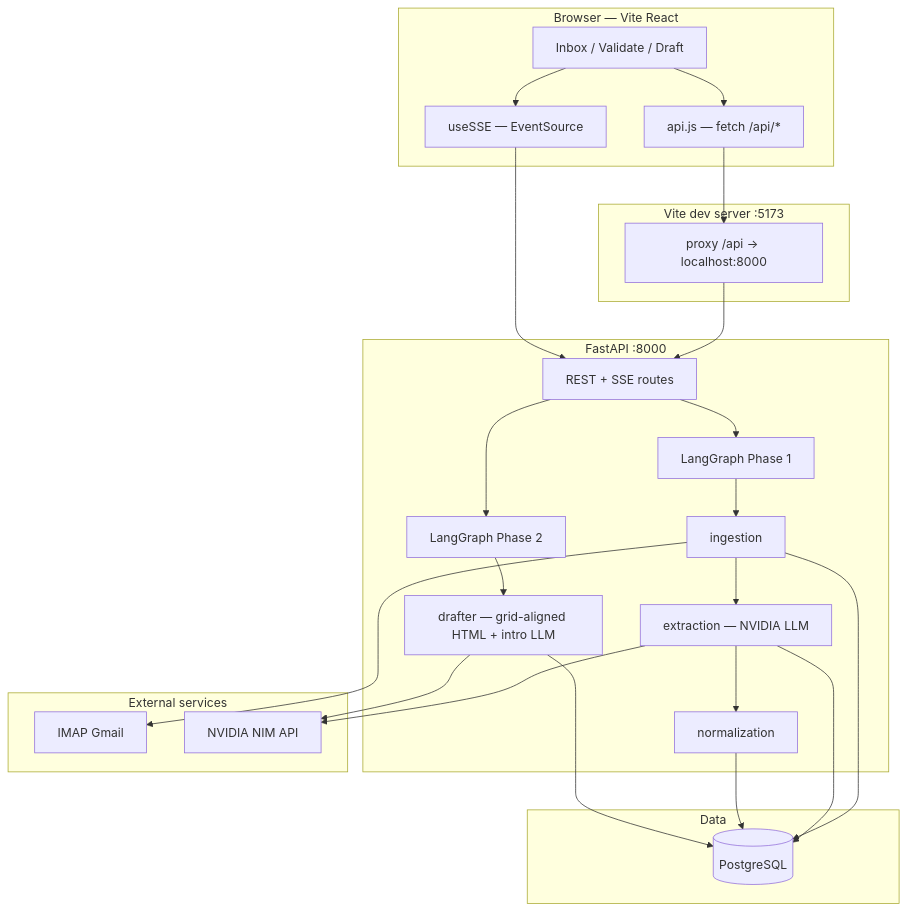
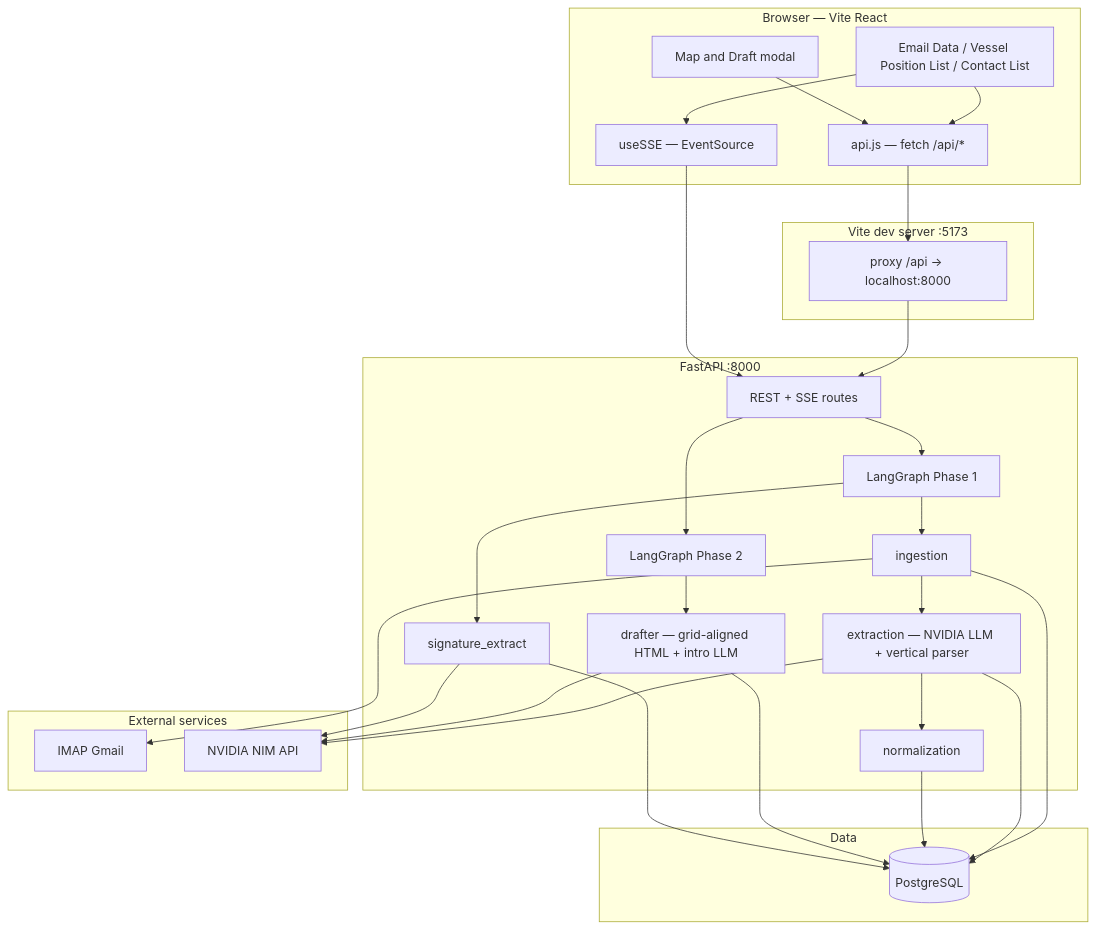
The diagram in README.md (DeoUtkarsh/Asset_Mail_Parsing), drawn with Mermaid before and after one commit. The commit also changed other lines of this file and 20 other files, not shown here.

````diff
--- a/README.md
+++ b/README.md
@@ -11,44 +11,49 @@
 ```mermaid
 flowchart TB
   subgraph client [Browser — Vite React]
-    UI[Inbox / Validate / Draft]
+    UI[Email Data / Vessel Position List / Contact List]
+    Modal[Map and Draft modal]
     SSEHook[useSSE — EventSource]
     APIjs[api.js — fetch /api/*]
   end
 
   subgraph vite [Vite dev server :5173]
     Proxy["proxy /api → localhost:8000"]
   end
 
   subgraph backend [FastAPI :8000]
     Routes[REST + SSE routes]
     LG1[LangGraph Phase 1]
     LG2[LangGraph Phase 2]
     A1[ingestion]
-    A2[extraction — NVIDIA LLM]
+    A2[extraction — NVIDIA LLM + vertical parser]
     A3[normalization]
     A4[drafter — grid-aligned HTML + intro LLM]
+    Sig[signature_extract]
   end
 
   subgraph external [External services]
     Gmail[IMAP Gmail]
     NIM[NVIDIA NIM API]
   end
 
   subgraph data [Data]
     PG[(PostgreSQL)]
   end
 
   UI --> APIjs
   UI --> SSEHook
+  Modal --> APIjs
   APIjs --> Proxy --> Routes
   SSEHook --> Routes
   Routes --> LG1
   Routes --> LG2
   LG1 --> A1 --> A2 --> A3
+  LG1 --> Sig
   LG2 --> A4
   A1 --> Gmail
   A2 --> NIM
   A4 --> NIM
-  A1 & A2 & A3 & A4 --> PG
+  Sig --> NIM
+  A1 & A2 & A3 & A4 & Sig --> PG
 ```
````
